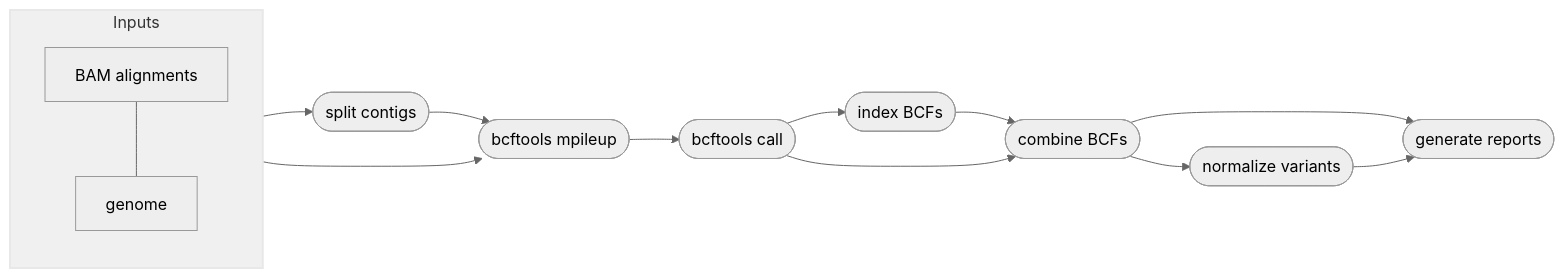
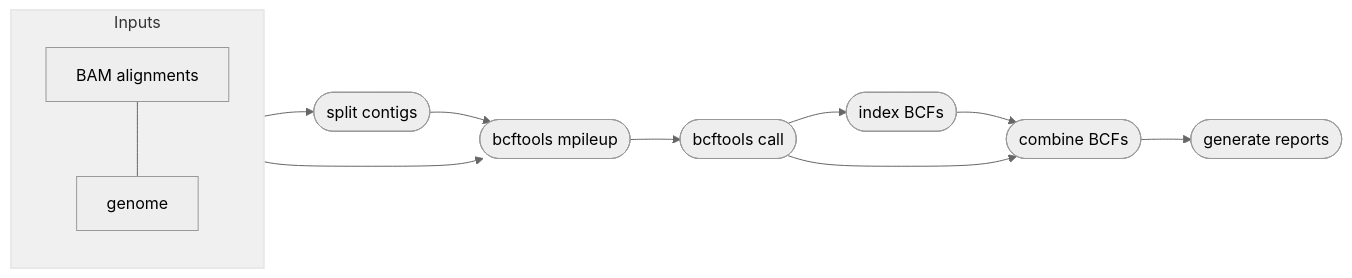
One commit to pdimens/harpy changed the first of 2 diagrams in Modules/snp.md. Above: the diagram before and after it, drawn with Mermaid (neutral theme). The commit also changed other lines of this file, not shown here.

````diff
--- a/Modules/snp.md
+++ b/Modules/snp.md
@@ -90,16 +128,14 @@
 ```mermaid
 graph LR
     subgraph Inputs
         aln[BAM alignments]---gen[genome]
     end
     Inputs --> B & A
     A([split contigs]) --> B([bcftools mpileup])
     B-->C([bcftools call])
     C-->D([index BCFs])
     D-->E([combine BCFs])
     C-->E
-    E-->G([normalize variants])
     E-->F([generate reports])
-    G-->F
     style Inputs fill:#f0f0f0,stroke:#e8e8e8,stroke-width:2px
 ```
````
